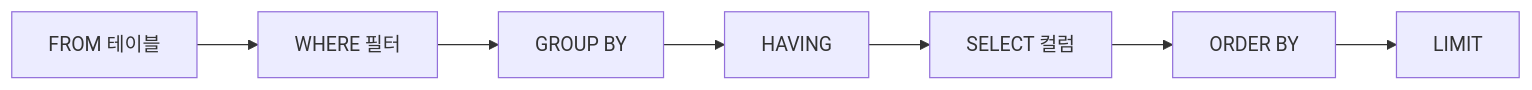
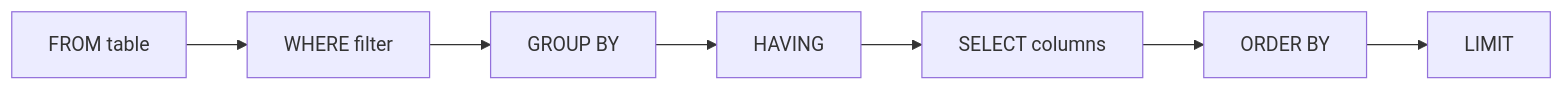
One commit to yeongseon-books/book-content changed the diagram in content/sql-101/ko/02-select-basics.md. Above: the diagram before and after it, drawn with Mermaid. The commit also changed other lines of this file and 9 other files, not shown here.

````diff
--- a/content/sql-101/ko/02-select-basics.md
+++ b/content/sql-101/ko/02-select-basics.md
@@ -35,9 +47,9 @@
 ```mermaid
 flowchart LR
-    From["FROM 테이블"] --> Where["WHERE 필터"]
+    From["FROM table"] --> Where["WHERE filter"]
     Where --> Group["GROUP BY"]
     Group --> Having["HAVING"]
-    Having --> Select["SELECT 컬럼"]
+    Having --> Select["SELECT columns"]
     Select --> Order["ORDER BY"]
     Order --> Limit["LIMIT"]
 ```
````
